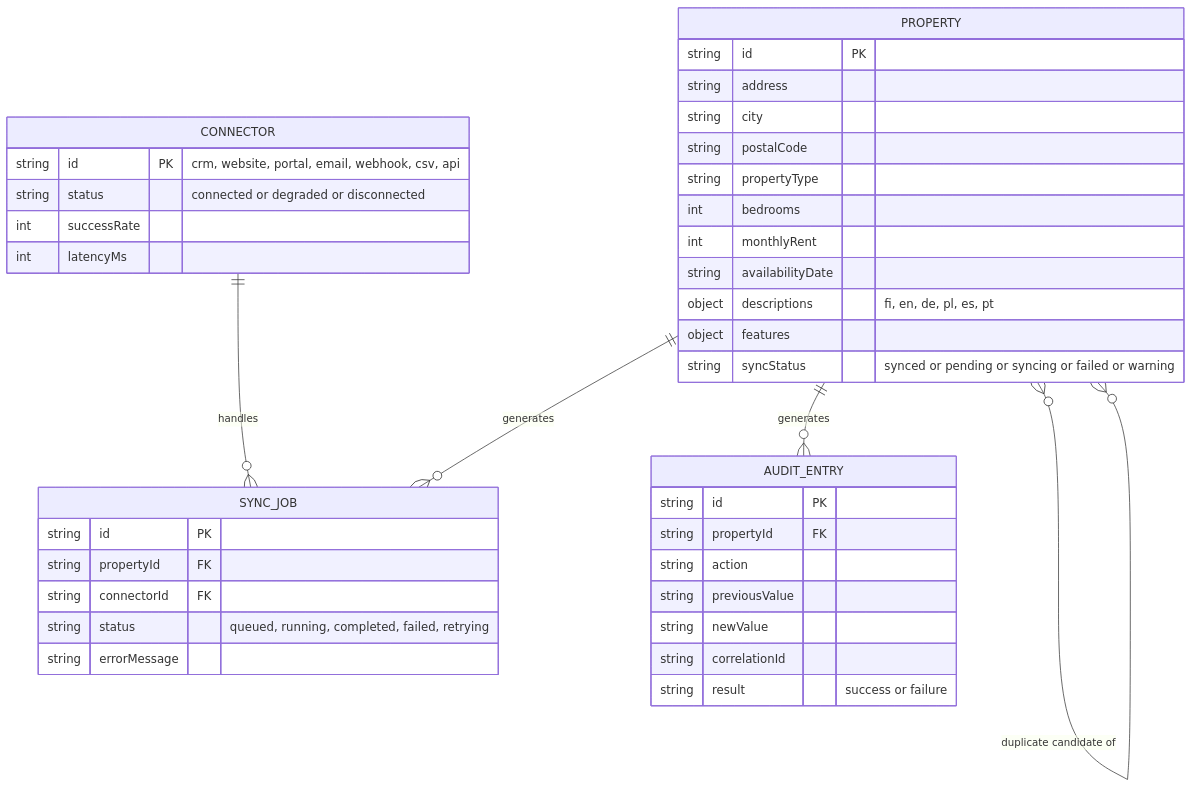
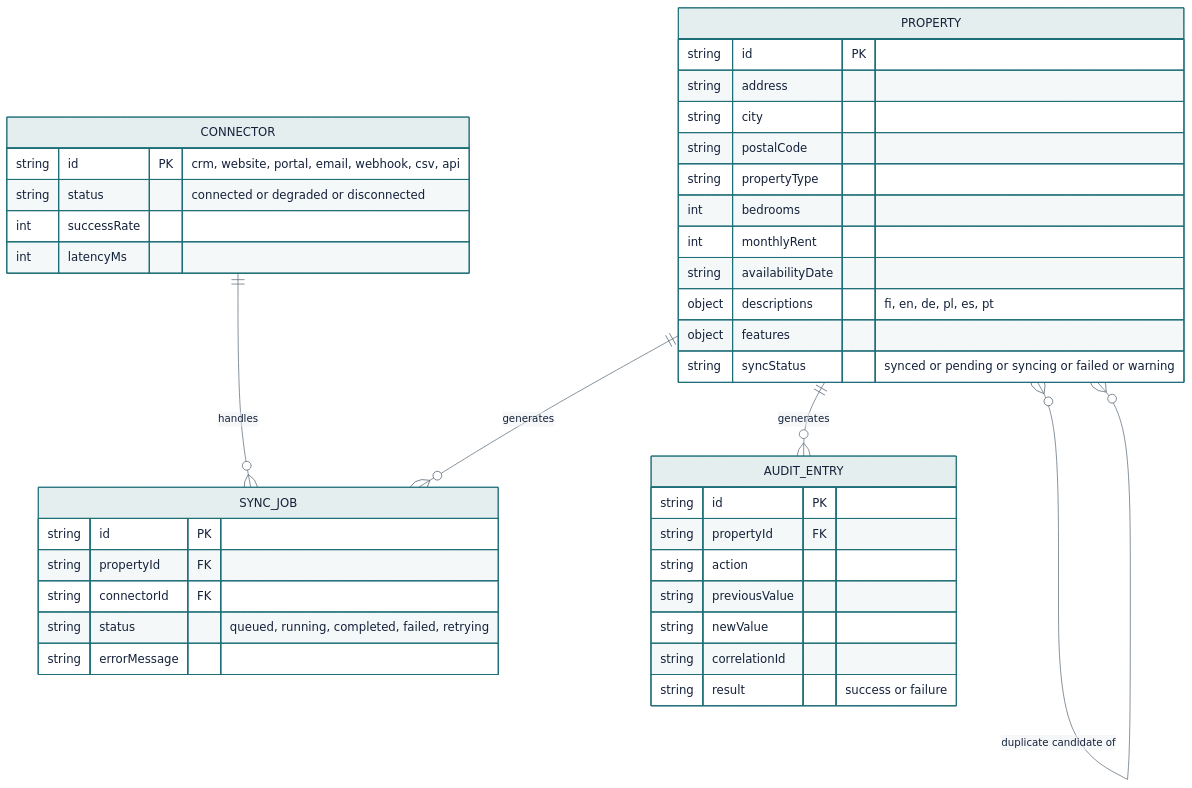
One commit to SHalimoosavi/SYJ-Property-Sync changed the fifth of 7 diagrams in README.md. Above: the diagram before and after it, drawn with Mermaid. The commit also changed other lines of this file, not shown here.

Commit message:
Update README with mermaid diagrams and details

````diff
--- a/README.md
+++ b/README.md
@@ -267,43 +269,44 @@
 ```mermaid
+%%{init: {'theme':'base', 'themeVariables': { 'primaryColor':'#E4EEEE', 'primaryTextColor':'#14213A', 'primaryBorderColor':'#1F6F78', 'lineColor':'#5B6B78', 'secondaryColor':'#F5F7F6', 'secondaryTextColor':'#14213A', 'secondaryBorderColor':'#DEE3E1', 'tertiaryColor':'#EEF0F3', 'tertiaryTextColor':'#14213A', 'tertiaryBorderColor':'#8A93A6', 'mainBkg':'#E4EEEE', 'clusterBkg':'#F5F7F6', 'clusterBorder':'#DEE3E1', 'edgeLabelBackground':'#F5F7F6', 'fontFamily':'Inter, Segoe UI, sans-serif', 'actorBkg':'#E4EEEE', 'actorBorder':'#1F6F78', 'actorTextColor':'#14213A', 'actorLineColor':'#8A93A6', 'signalColor':'#5B6B78', 'signalTextColor':'#14213A', 'labelBoxBkgColor':'#F5F7F6', 'labelBoxBorderColor':'#1F6F78', 'labelTextColor':'#14213A', 'loopTextColor':'#14213A', 'noteBkgColor':'#FBF0DD', 'noteTextColor':'#14213A', 'noteBorderColor':'#B9770E', 'activationBkgColor':'#E4EEEE', 'activationBorderColor':'#1F6F78' }}}%%
 erDiagram
     PROPERTY ||--o{ SYNC_JOB : generates
     PROPERTY ||--o{ AUDIT_ENTRY : generates
     PROPERTY }o--o{ PROPERTY : "duplicate candidate of"
     CONNECTOR ||--o{ SYNC_JOB : handles
 
     PROPERTY {
         string id PK
         string address
         string city
         string postalCode
         string propertyType
         int bedrooms
         int monthlyRent
         string availabilityDate
         object descriptions "fi, en, de, pl, es, pt"
         object features
         string syncStatus "synced or pending or syncing or failed or warning"
     }
     CONNECTOR {
         string id PK "crm, website, portal, email, webhook, csv, api"
         string status "connected or degraded or disconnected"
         int successRate
         int latencyMs
     }
     SYNC_JOB {
         string id PK
         string propertyId FK
         string connectorId FK
         string status "queued, running, completed, failed, retrying"
         string errorMessage
     }
     AUDIT_ENTRY {
         string id PK
         string propertyId FK
         string action
         string previousValue
         string newValue
         string correlationId
         string result "success or failure"
     }
 ```
````
